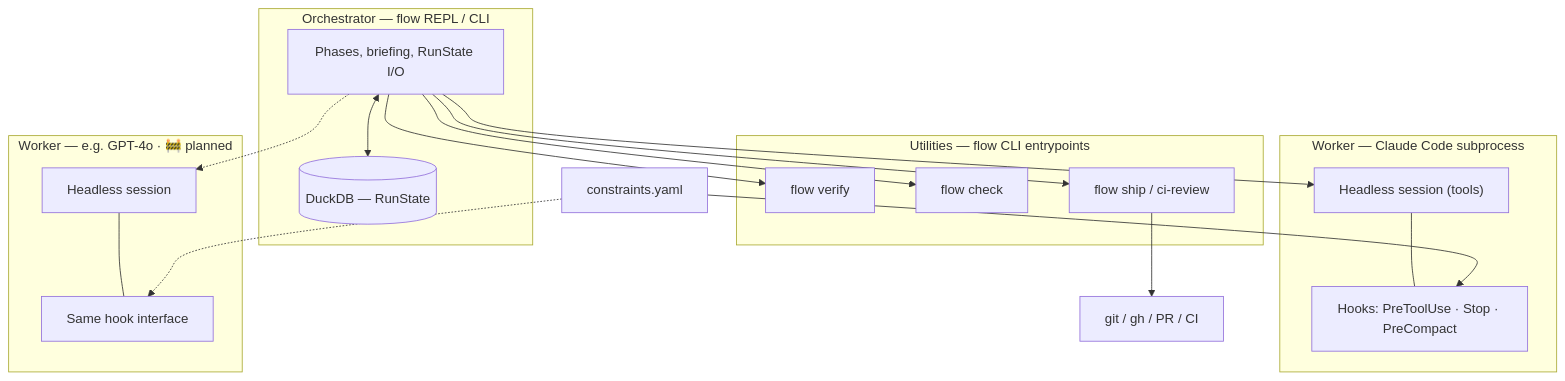
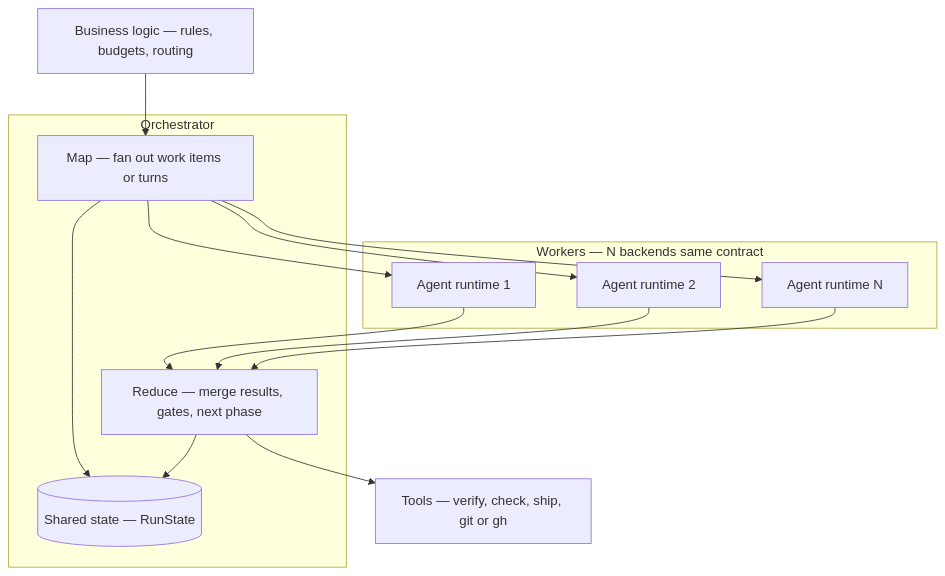
The diagram in README.md (nazanindev/autopilot-ai), drawn with Mermaid before and after one commit. The commit also changed other lines of this file and 1 other file, not shown here.

````diff
--- a/README.md
+++ b/README.md
@@ -40,38 +44,29 @@
 ```mermaid
 flowchart TB
-  subgraph orch["Orchestrator — flow REPL / CLI"]
-    R["Phases, briefing, RunState I/O"]
-    DB[("DuckDB — RunState")]
-    R <--> DB
+  businessLogic["Business logic — rules, budgets, routing"]
+
+  subgraph orchestrator [Orchestrator]
+    mapStep["Map — fan out work items or turns"]
+    stateStore[("Shared state — RunState")]
+    reduceStep["Reduce — merge results, gates, next phase"]
+    mapStep --> stateStore
+    reduceStep --> stateStore
   end
 
-  subgraph worker["Worker — Claude Code subprocess"]
-    CC["Headless session (tools)"]
-    HK["Hooks: PreToolUse · Stop · PreCompact"]
-    CC --- HK
+  subgraph workerGrid [Workers — N backends same contract]
+    w1["Agent runtime 1"]
+    w2["Agent runtime 2"]
+    w3["Agent runtime N"]
   end
 
-  subgraph worker2["Worker — e.g. GPT-4o · 🚧 planned"]
-    CC2["Headless session"]
-    HK2["Same hook interface"]
-    CC2 --- HK2
-  end
+  tools["Tools — verify, check, ship, git or gh"]
 
-  CY["constraints.yaml"] --> HK
-  CY -.-> HK2
-
-  subgraph util["Utilities — flow CLI entrypoints"]
-    V["flow verify"]
-    CH["flow check"]
-    SH["flow ship / ci-review"]
-  end
-
-  GIT["git / gh / PR / CI"]
-
-  R --> CC
-  R -.-> CC2
-  R --> V
-  R --> CH
-  R --> SH
-  SH --> GIT
+  businessLogic --> mapStep
+  mapStep --> w1
+  mapStep --> w2
+  mapStep --> w3
+  w1 --> reduceStep
+  w2 --> reduceStep
+  w3 --> reduceStep
+  reduceStep --> tools
 ```
````
